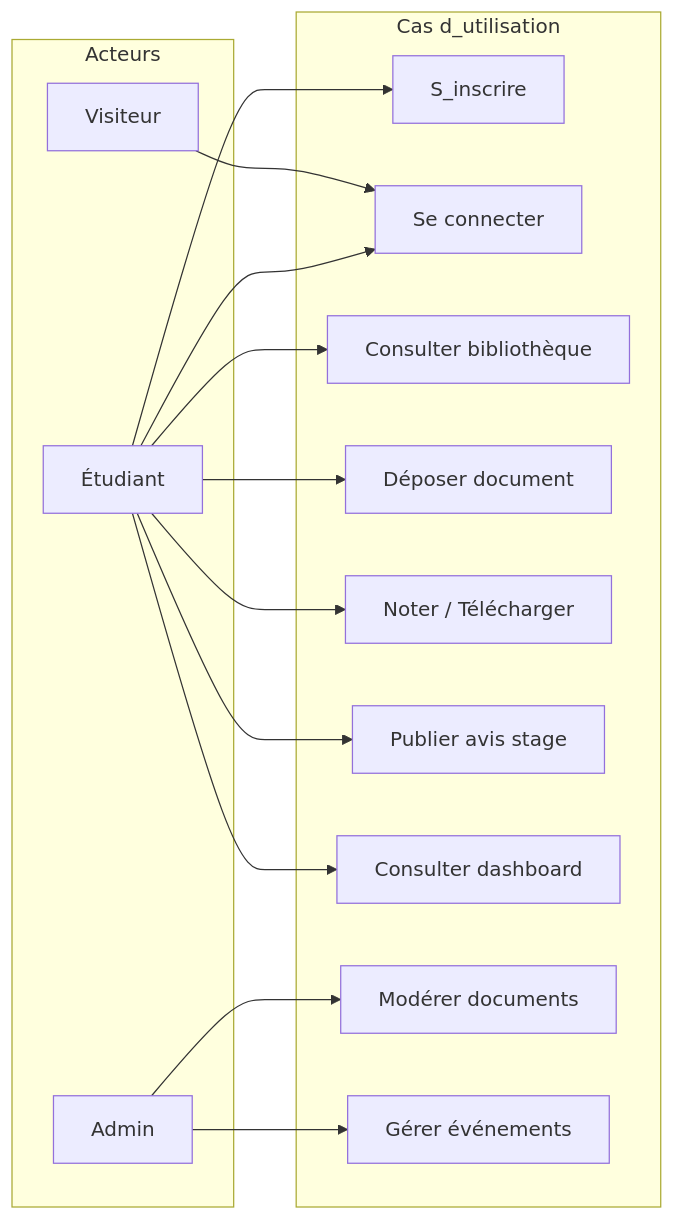
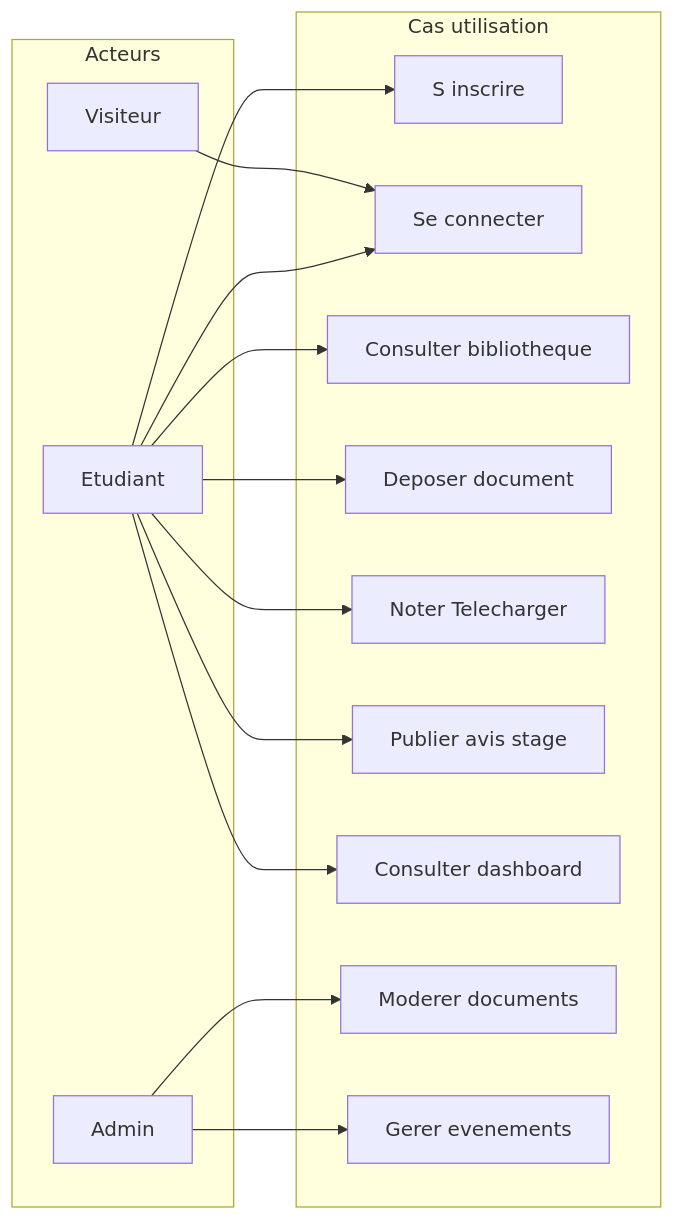
One commit to Claude20022002/StudyLib changed the sixth of 15 diagrams in docs/RAPPORT.md. Above: the diagram before and after it, drawn with Mermaid. The commit also changed other lines of this file, not shown here.

Commit message:
Update RAPPORT.md to enhance compatibility with GitHub by adjusting Mermaid diagram labels, standardizing terminology, and improving clarity in various sections, including functional modules and user flows.

````diff
--- a/docs/RAPPORT.md
+++ b/docs/RAPPORT.md
@@ -494,31 +495,31 @@
 ```mermaid
 flowchart LR
-    subgraph Acteurs
+    subgraph acteurs [Acteurs]
         V[Visiteur]
-        E[Étudiant]
+        E[Etudiant]
         A[Admin]
     end
 
-    subgraph Cas d_utilisation
-        UC1[S_inscrire]
+    subgraph cas [Cas utilisation]
+        UC1[S inscrire]
         UC2[Se connecter]
-        UC3[Consulter bibliothèque]
-        UC4[Déposer document]
-        UC5[Noter / Télécharger]
+        UC3[Consulter bibliotheque]
+        UC4[Deposer document]
+        UC5[Noter Telecharger]
         UC6[Publier avis stage]
         UC7[Consulter dashboard]
-        UC8[Modérer documents]
-        UC9[Gérer événements]
+        UC8[Moderer documents]
+        UC9[Gerer evenements]
     end
 
     V --> UC2
     E --> UC1
     E --> UC2
     E --> UC3
     E --> UC4
     E --> UC5
     E --> UC6
     E --> UC7
     A --> UC8
     A --> UC9
 ```
````
